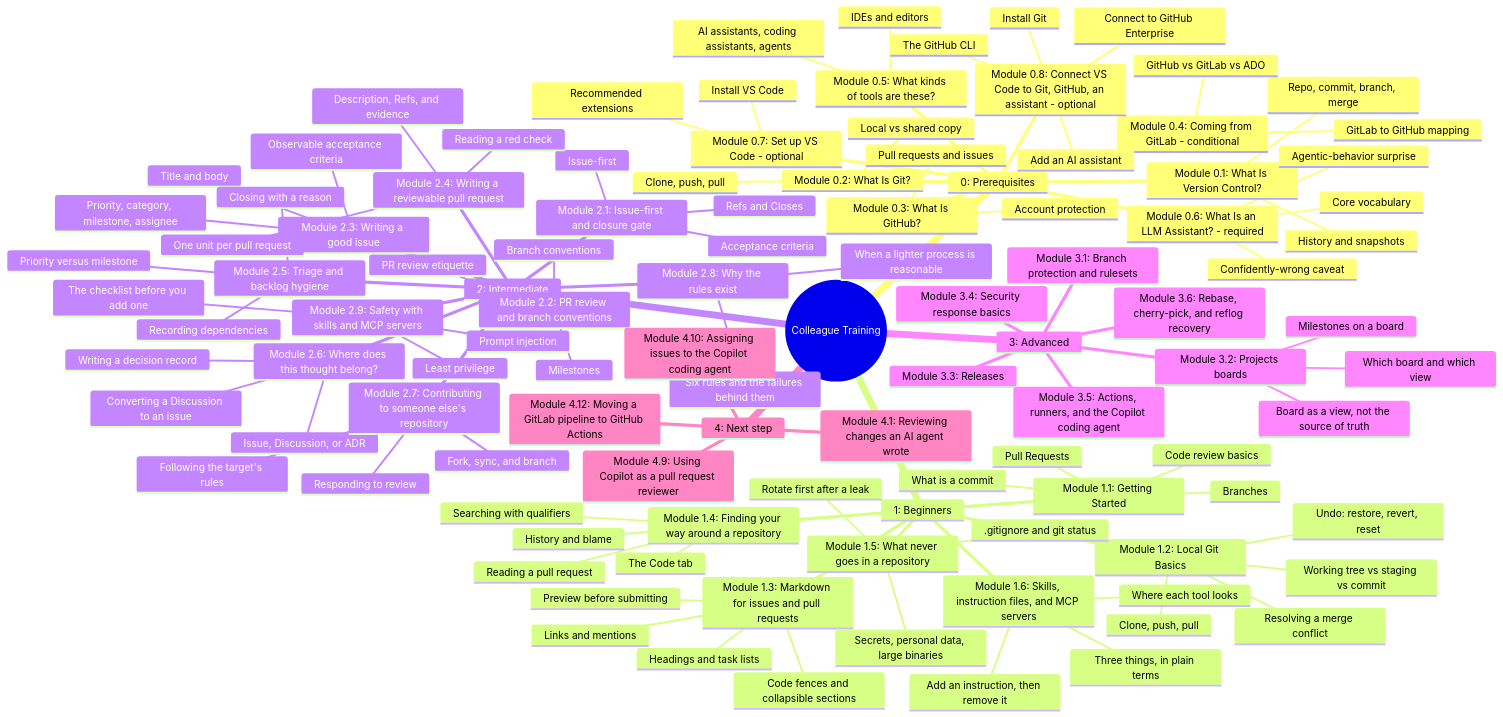
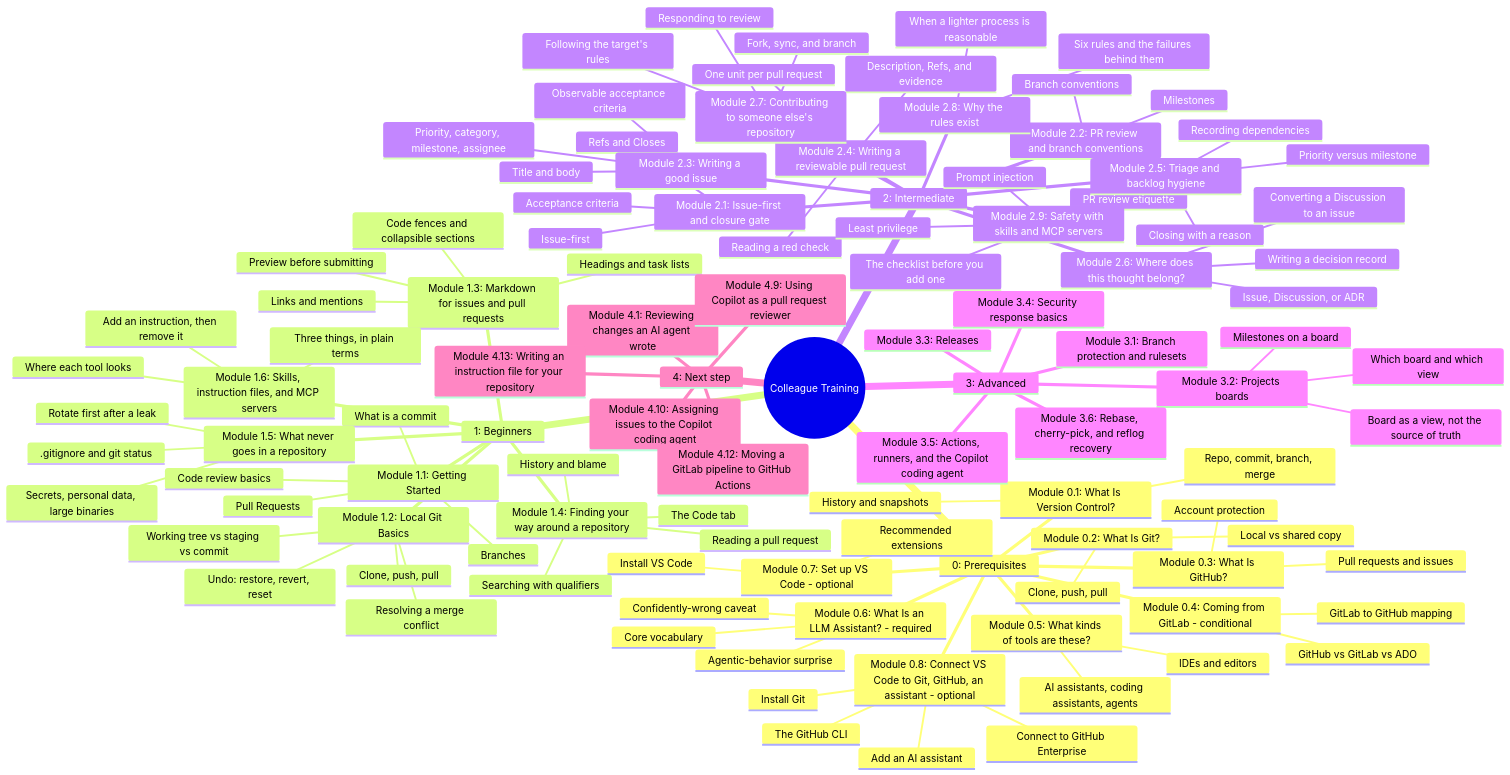
The second of 2 diagrams in education/README.md (JeanKadang/DOC-GitHub-Practice-Skills), drawn with Mermaid before and after one commit. The commit also changed other lines of this file and 8 other files, not shown here.

First line of the commit message:
docs(education): add Module 4.13, writing an instruction file for your repository

````diff
--- a/education/README.md
+++ b/education/README.md
@@ -242,4 +243,5 @@
       Module 4.9: Using Copilot as a pull request reviewer
       Module 4.10: Assigning issues to the Copilot coding agent
       Module 4.12: Moving a GitLab pipeline to GitHub Actions
+      Module 4.13: Writing an instruction file for your repository
 ```
````
